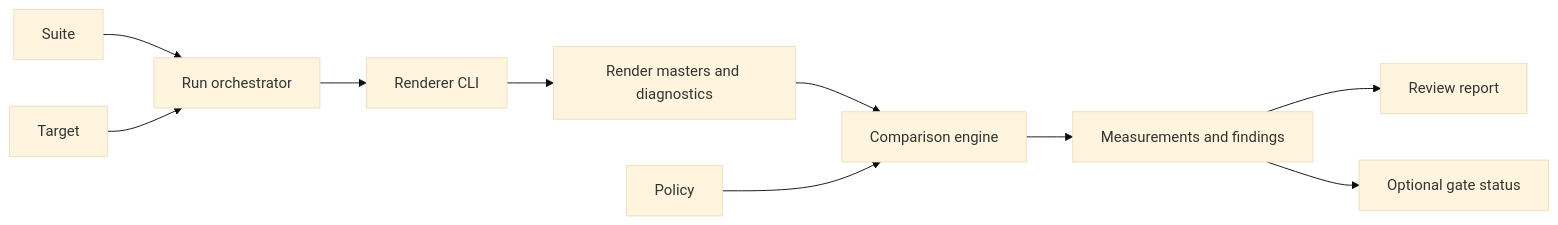
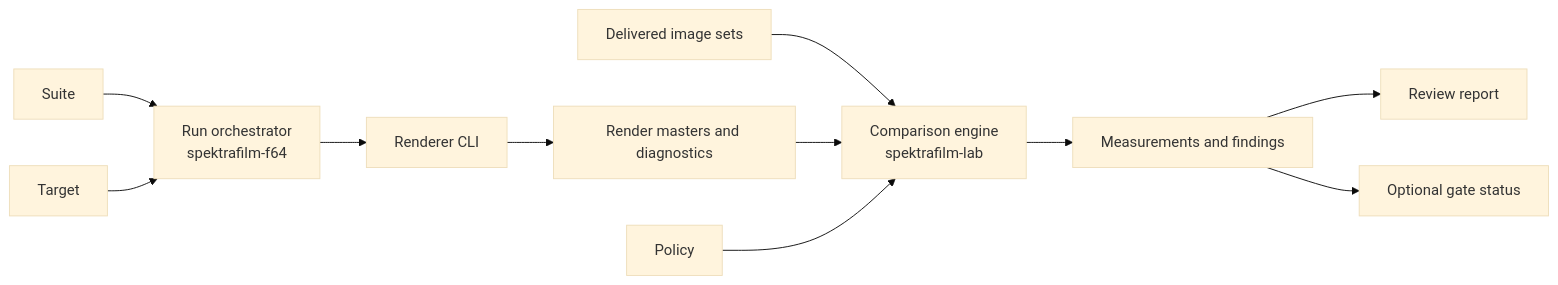
One commit to suraciii/spektrafilm-rs changed the diagram in specs/instrument/design.md. Above: the diagram before and after it, drawn with Mermaid (base theme). The commit also changed other lines of this file and 122 other files, not shown here.

````diff
--- a/specs/instrument/design.md
+++ b/specs/instrument/design.md
@@ -20,12 +25,13 @@
 ```mermaid
 flowchart LR
-    S[Suite] --> R[Run orchestrator]
+    S[Suite] --> R[Run orchestrator<br/>spektrafilm-f64]
     T[Target] --> R
     R --> X[Renderer CLI]
     X --> M[Render masters and diagnostics]
-    M --> C[Comparison engine]
+    I[Delivered image sets] --> C[Comparison engine<br/>spektrafilm-lab]
+    M --> C
     P[Policy] --> C
     C --> E[Measurements and findings]
     E --> H[Review report]
     E --> G[Optional gate status]
 ```
````
